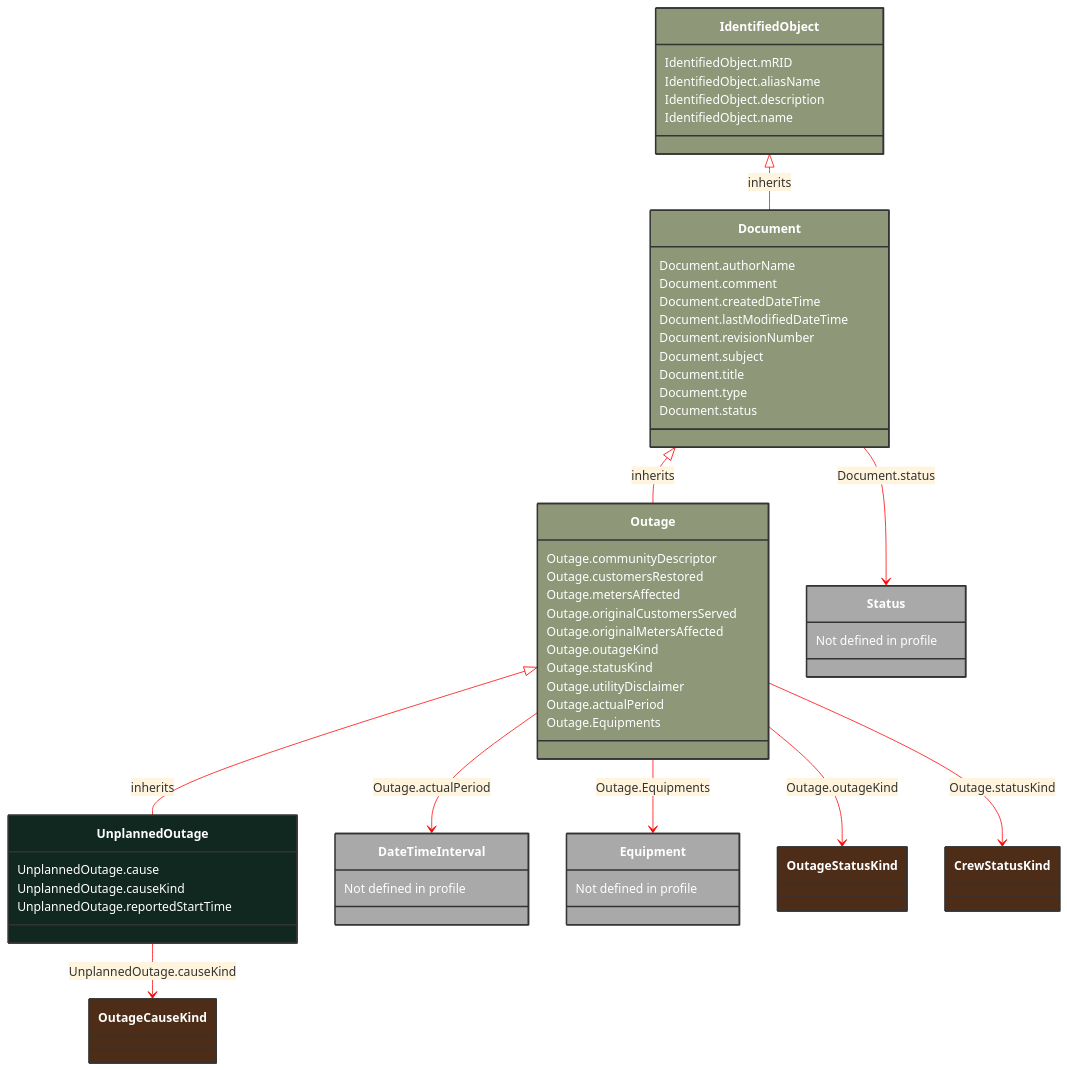
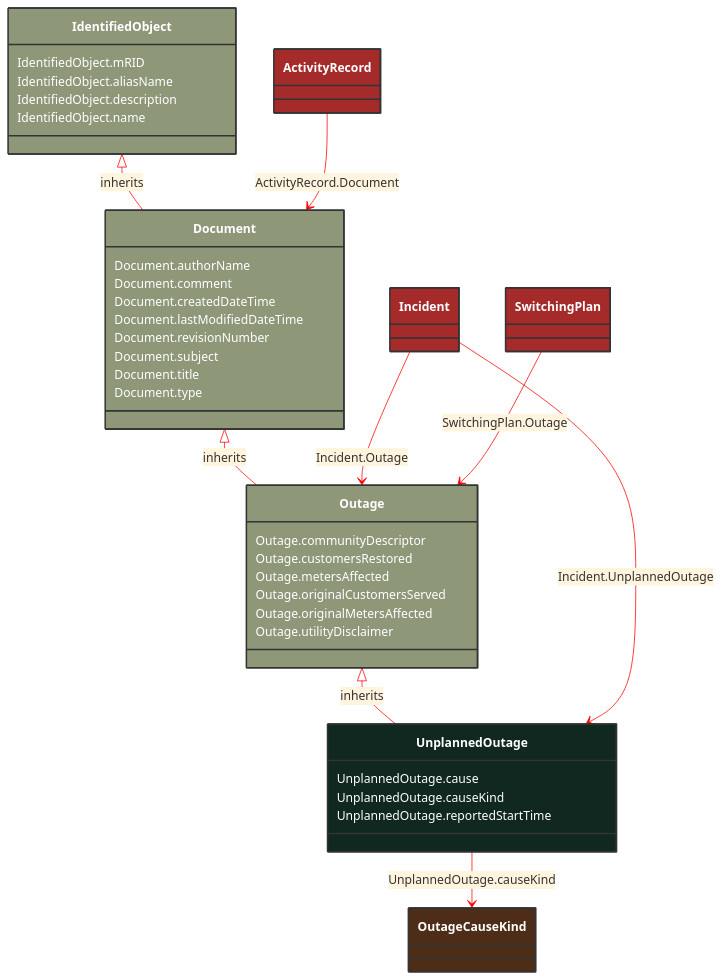
Before and after one commit to 3lbits/NoCIMExtensions: the diagram in docs/Models/Profiles/Outage/AbstractClasses/UnplannedOutage.md, drawn with Mermaid. The commit also changed other lines of this file and 18 other files, not shown here.

````diff
--- a/docs/Models/Profiles/Outage/AbstractClasses/UnplannedOutage.md
+++ b/docs/Models/Profiles/Outage/AbstractClasses/UnplannedOutage.md
@@ -10,81 +10,72 @@
 ```mermaid
 %%{init: {'theme':'base','themeVariables': {'lineColor': '#FF0000'}}}%%
 classDiagram
     class UnplannedOutage
     click UnplannedOutage href "/Models/Profiles/Outage/AbstractClasses/UnplannedOutage/"
     style UnplannedOutage fill:#102820,stroke:#333,stroke-width:2px,rx:10,ry:10,color:white
      
         Outage <|-- UnplannedOutage : inherits
             click Outage href "/Models/Profiles/Outage/AbstractClasses/Outage/"
             style Outage fill:#8F9779,stroke:#333,stroke-width:2px,rx:10,ry:10,color:white
      
         Document <|-- Outage : inherits
             click Document href "/Models/Profiles/Outage/AbstractClasses/Document/"
             style Document fill:#8F9779,stroke:#333,stroke-width:2px,rx:10,ry:10,color:white
      
         IdentifiedObject <|-- Document : inherits
             click IdentifiedObject href "/Models/Profiles/Outage/AbstractClasses/IdentifiedObject/"
             style IdentifiedObject fill:#8F9779,stroke:#333,stroke-width:2px,rx:10,ry:10,color:white
 
-        Outage --> DateTimeInterval : Outage.actualPeriod
 
-        DateTimeInterval : Not defined in profile
+        ActivityRecord --> Document : ActivityRecord.Document
 
-        DateTimeInterval
-            style DateTimeInterval fill:#A9A9A9,stroke:#333,stroke-width:2px,rx:10,ry:10,color:white
-        Outage --> Equipment : Outage.Equipments
+        ActivityRecord
+            click ActivityRecord href "/Models/Profiles/Outage/AbstractClasses/ActivityRecord/"
+            style ActivityRecord fill:#A52A2A,stroke:#333,stroke-width:2px,rx:10,ry:10,color:white
 
-        Equipment : Not defined in profile
+        Incident --> Outage : Incident.Outage
 
-        Equipment
-            style Equipment fill:#A9A9A9,stroke:#333,stroke-width:2px,rx:10,ry:10,color:white
-        Document --> Status : Document.status
+        Incident
+            click Incident href "/Models/Profiles/Outage/AbstractClasses/Incident/"
+            style Incident fill:#A52A2A,stroke:#333,stroke-width:2px,rx:10,ry:10,color:white
 
-        Status : Not defined in profile
+        Incident --> UnplannedOutage : Incident.UnplannedOutage
 
-        Status
-            style Status fill:#A9A9A9,stroke:#333,stroke-width:2px,rx:10,ry:10,color:white
+        Incident
+            click Incident href "/Models/Profiles/Outage/AbstractClasses/Incident/"
+            style Incident fill:#A52A2A,stroke:#333,stroke-width:2px,rx:10,ry:10,color:white
+
+        SwitchingPlan --> Outage : SwitchingPlan.Outage
+
+        SwitchingPlan
+            click SwitchingPlan href "/Models/Profiles/Outage/AbstractClasses/SwitchingPlan/"
+            style SwitchingPlan fill:#A52A2A,stroke:#333,stroke-width:2px,rx:10,ry:10,color:white
 
         UnplannedOutage --> OutageCauseKind : UnplannedOutage.causeKind
 
         OutageCauseKind
             click OutageCauseKind href "/Models/Profiles/Outage/Enumerations/OutageCauseKind/"
             style OutageCauseKind fill:#4D2D18,stroke:#333,stroke-width:2px,rx:10,ry:10,color:white
-        Outage --> OutageStatusKind : Outage.outageKind
-
-        OutageStatusKind
-            click OutageStatusKind href "/Models/Profiles/Outage/Enumerations/OutageStatusKind/"
-            style OutageStatusKind fill:#4D2D18,stroke:#333,stroke-width:2px,rx:10,ry:10,color:white
-        Outage --> CrewStatusKind : Outage.statusKind
-
-        CrewStatusKind
-            click CrewStatusKind href "/Models/Profiles/Outage/Enumerations/CrewStatusKind/"
-            style CrewStatusKind fill:#4D2D18,stroke:#333,stroke-width:2px,rx:10,ry:10,color:white
 
         UnplannedOutage : UnplannedOutage.cause
         UnplannedOutage : UnplannedOutage.causeKind
         UnplannedOutage : UnplannedOutage.reportedStartTime
         Outage : Outage.communityDescriptor
         Outage : Outage.customersRestored
         Outage : Outage.metersAffected
         Outage : Outage.originalCustomersServed
         Outage : Outage.originalMetersAffected
-        Outage : Outage.outageKind
-        Outage : Outage.statusKind
         Outage : Outage.utilityDisclaimer
-        Outage : Outage.actualPeriod
-        Outage : Outage.Equipments
         Document : Document.authorName
         Document : Document.comment
         Document : Document.createdDateTime
         Document : Document.lastModifiedDateTime
         Document : Document.revisionNumber
         Document : Document.subject
         Document : Document.title
         Document : Document.type
-        Document : Document.status
         IdentifiedObject : IdentifiedObject.mRID
         IdentifiedObject : IdentifiedObject.aliasName
         IdentifiedObject : IdentifiedObject.description
         IdentifiedObject : IdentifiedObject.name
 ```
````
